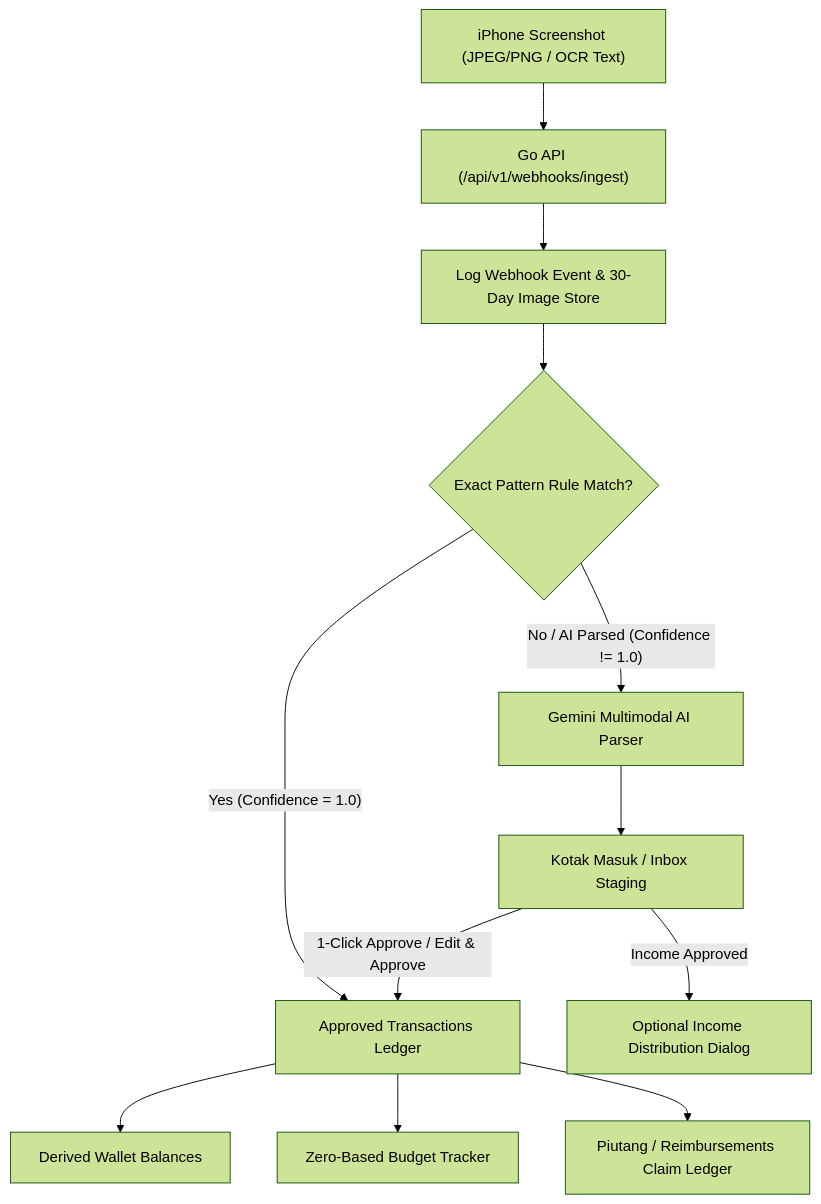
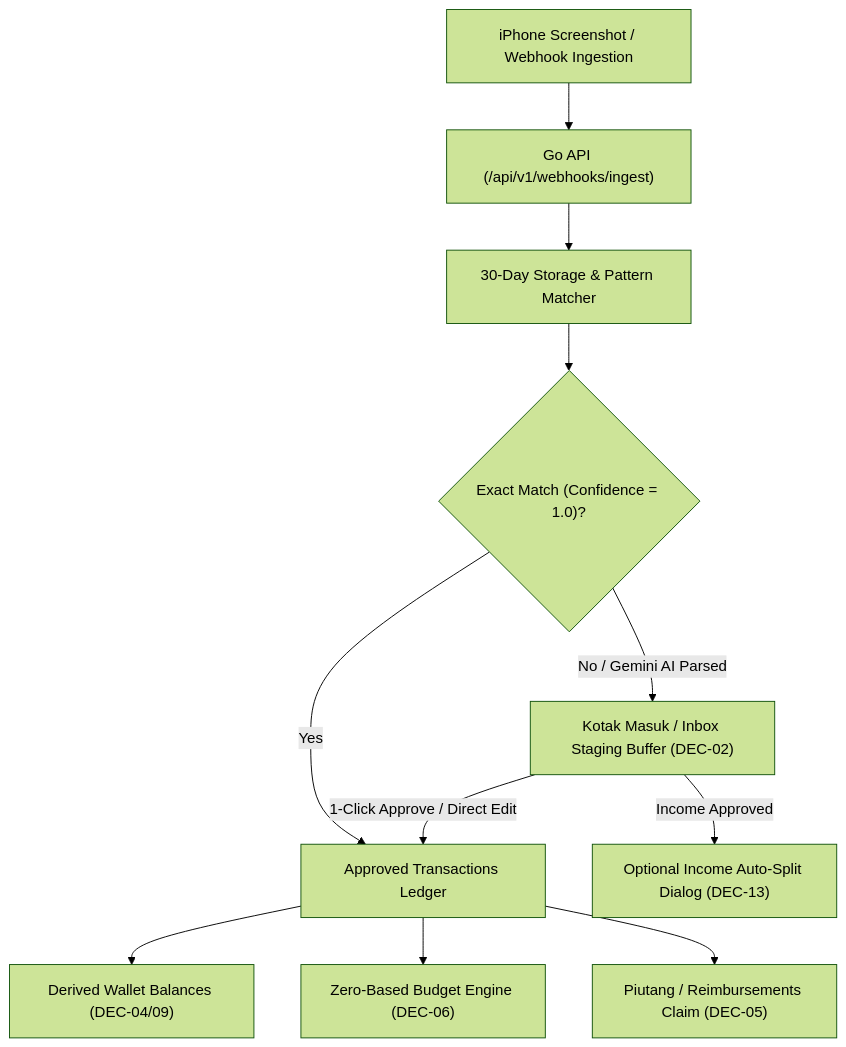
Before and after one commit to raditazar/zero-friction-erp: the diagram in docs/feature_and_uiux_freeze_brief.md, drawn with Mermaid (forest theme). The commit also changed other lines of this file and 4 other files, not shown here.

Commit message:
feat(inbox): implement DEC-02 Ingestion Staging, DEC-12 direct edit, DEC-13 income auto-split, and login DB error diagnostics

````diff
--- a/docs/feature_and_uiux_freeze_brief.md
+++ b/docs/feature_and_uiux_freeze_brief.md
@@ -50,14 +13,13 @@
 ```mermaid
 flowchart TD
-    A["iPhone Screenshot (JPEG/PNG / OCR Text)"] --> B["Go API (/api/v1/webhooks/ingest)"]
-    B --> C["Log Webhook Event & 30-Day Image Store"]
-    C --> D{"Exact Pattern Rule Match?"}
-    D -->|"Yes (Confidence = 1.0)"| E["Approved Transactions Ledger"]
-    D -->|"No / AI Parsed (Confidence != 1.0)"| F["Gemini Multimodal AI Parser"]
-    F --> G["Kotak Masuk / Inbox Staging"]
-    G -->|"1-Click Approve / Edit & Approve"| E
-    G -->|"Income Approved"| H["Optional Income Distribution Dialog"]
-    E --> I["Derived Wallet Balances"]
-    E --> J["Zero-Based Budget Tracker"]
-    E --> K["Piutang / Reimbursements Claim Ledger"]
+    A["iPhone Screenshot / Webhook Ingestion"] --> B["Go API (/api/v1/webhooks/ingest)"]
+    B --> C["30-Day Storage & Pattern Matcher"]
+    C --> D{"Exact Match (Confidence = 1.0)?"}
+    D -->|"Yes"| E["Approved Transactions Ledger"]
+    D -->|"No / Gemini AI Parsed"| F["Kotak Masuk / Inbox Staging Buffer (DEC-02)"]
+    F -->|"1-Click Approve / Direct Edit"| E
+    F -->|"Income Approved"| G["Optional Income Auto-Split Dialog (DEC-13)"]
+    E --> H["Derived Wallet Balances (DEC-04/09)"]
+    E --> I["Zero-Based Budget Engine (DEC-06)"]
+    E --> J["Piutang / Reimbursements Claim (DEC-05)"]
 ```
````
